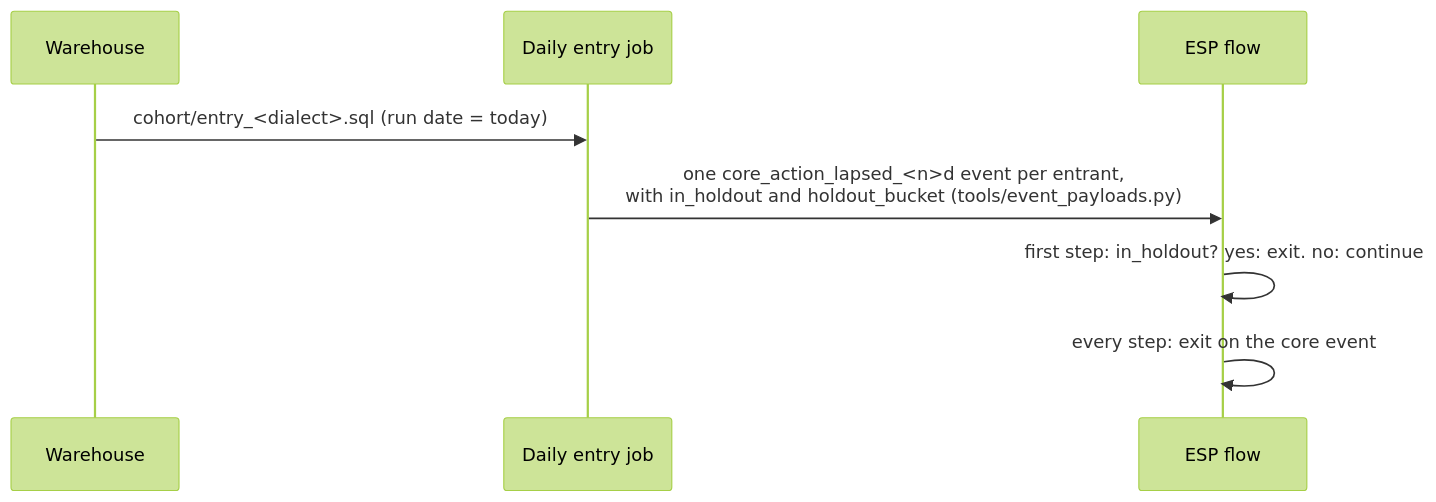
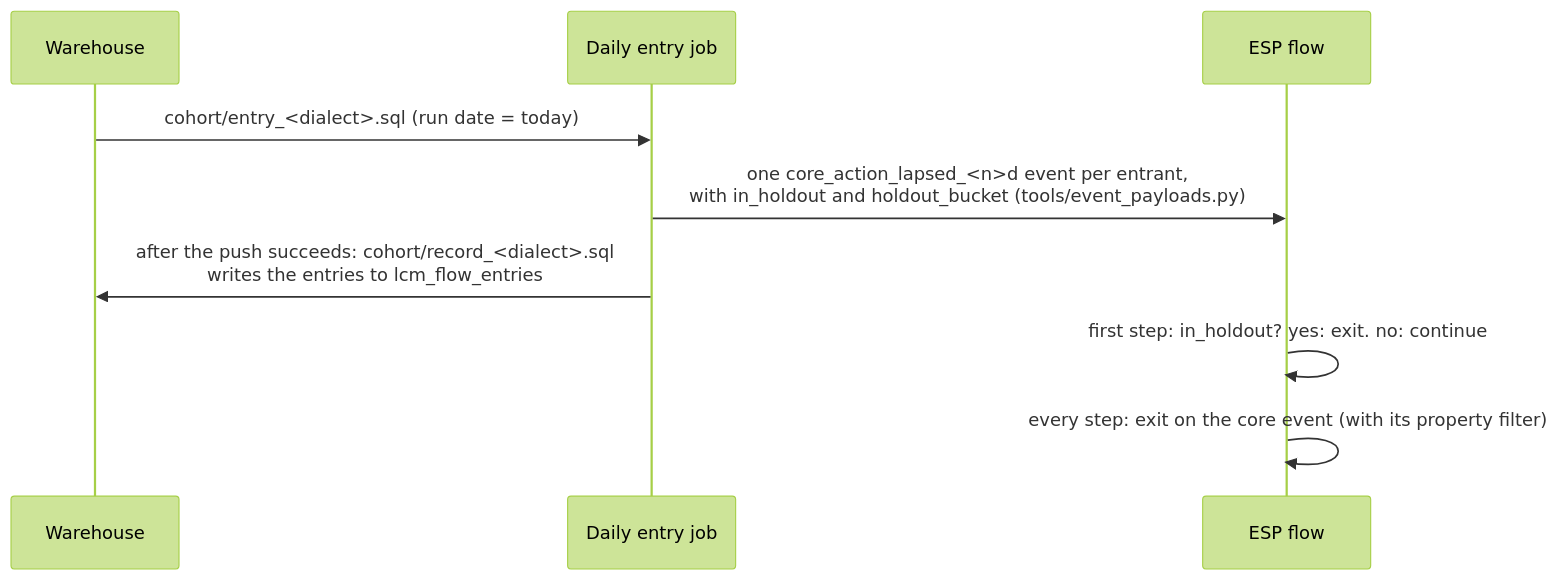
The second of 2 diagrams in docs/architectural_overview.md (kyle-olmstead/lifecycle-marketing-claude-engine), drawn with Mermaid (forest theme) before and after one commit. The commit also changed other lines of this file and 48 other files, not shown here.

````diff
--- a/docs/architectural_overview.md
+++ b/docs/architectural_overview.md
@@ -45,10 +45,11 @@
 ```mermaid
 sequenceDiagram
     participant WH as Warehouse
     participant Job as Daily entry job
     participant ESP as ESP flow
     WH->>Job: cohort/entry_<dialect>.sql (run date = today)
     Job->>ESP: one core_action_lapsed_<n>d event per entrant,<br/>with in_holdout and holdout_bucket (tools/event_payloads.py)
+    Job->>WH: after the push succeeds: cohort/record_<dialect>.sql<br/>writes the entries to lcm_flow_entries
     ESP->>ESP: first step: in_holdout? yes: exit. no: continue
-    ESP->>ESP: every step: exit on the core event
+    ESP->>ESP: every step: exit on the core event (with its property filter)
 ```
````
